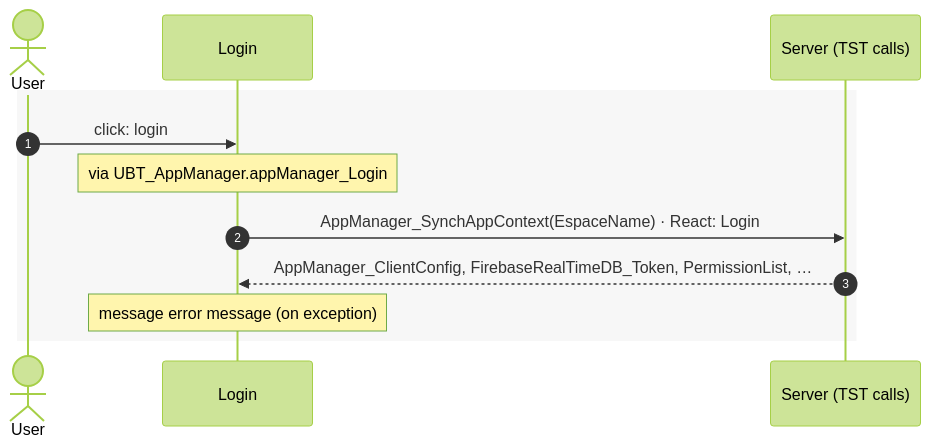
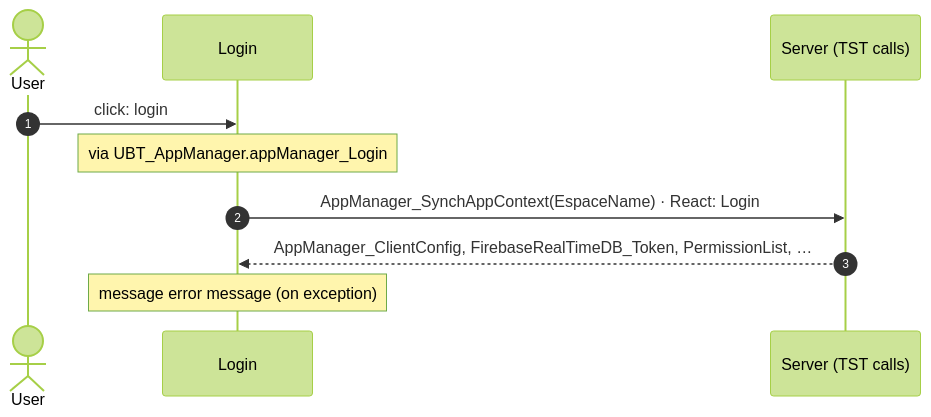
Before and after one commit to Phoenix-DX/connect-new-ui: the third of 3 diagrams in migration/route-actions/Login.md, drawn with Mermaid (forest theme). The commit also changed other lines of this file and 35 other files, not shown here.

Commit message:
route actions: section User actions with an index table and one sequence diagram per action; roots from block events and unbound screen actions, private action bodies, refresh queries; four routes re-run

````diff
--- a/migration/route-actions/Login.md
+++ b/migration/route-actions/Login.md
@@ -125,14 +151,12 @@
 ```mermaid
 sequenceDiagram
   autonumber
   actor U as User
-  participant p0 as Login
+  participant B as Login
   participant S as Server (TST calls)
-  rect rgba(120, 120, 120, 0.06)
-  U->>p0: click: login
-  Note over p0: via UBT_AppManager.appManager_Login
-  p0->>S: AppManager_SynchAppContext(EspaceName) · React: Login
-  S-->>p0: AppManager_ClientConfig, FirebaseRealTimeDB_Token, PermissionList, …
-  Note over p0: message error message (on exception)
-  end
+  U->>B: click: login
+  Note over B: via UBT_AppManager.appManager_Login
+  B->>S: AppManager_SynchAppContext(EspaceName) · React: Login
+  S-->>B: AppManager_ClientConfig, FirebaseRealTimeDB_Token, PermissionList, …
+  Note over B: message error message (on exception)
 ```
````
